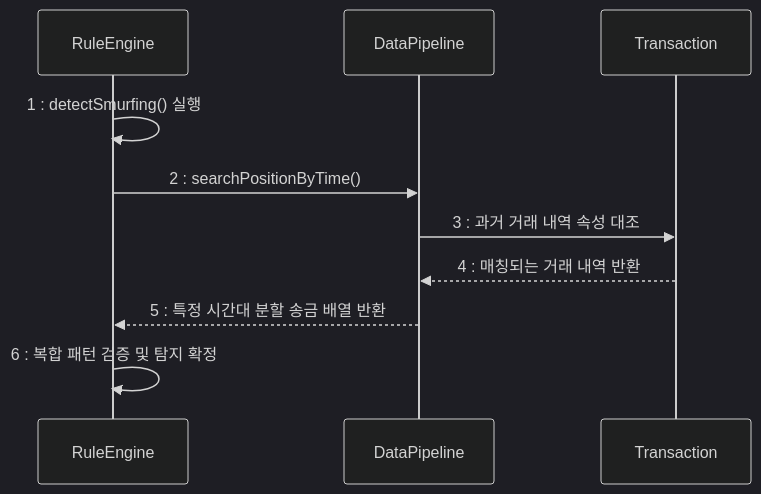
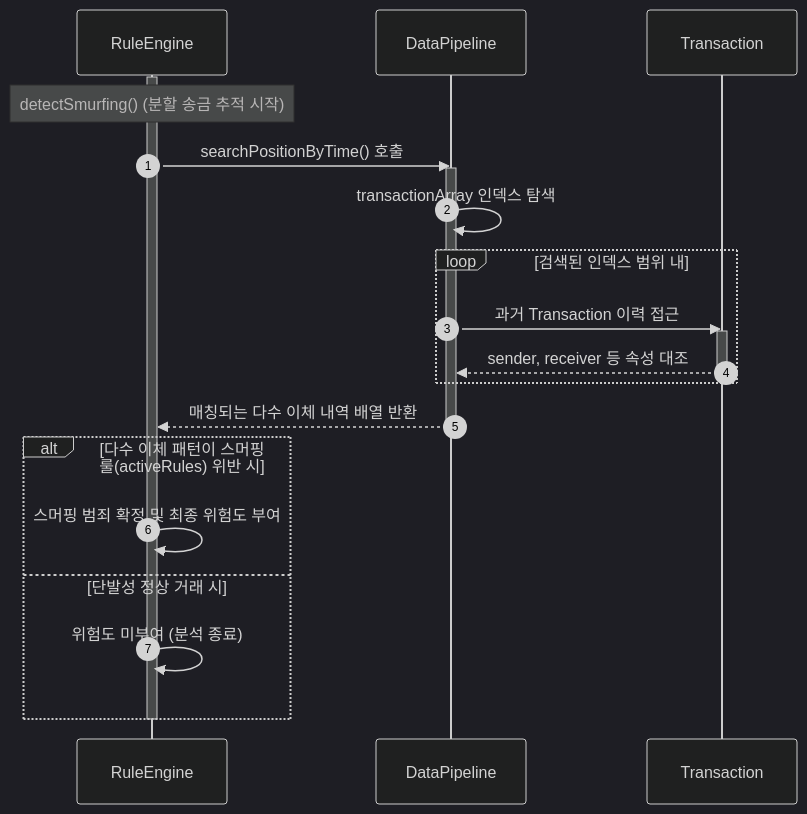
Before and after one commit to seokchaeyeon/2026_1_OSS: the fifth of 12 diagrams in Design_[22411890_석채연].md, drawn with Mermaid (dark theme). The commit also changed other lines of this file, not shown here.

````diff
--- a/Design_[22411890_석채연].md
+++ b/Design_[22411890_석채연].md
@@ -198,13 +243,30 @@
 ```mermaid
 sequenceDiagram
+    autonumber
     participant Rule as RuleEngine
     participant Pipeline as DataPipeline
     participant Tx as Transaction
 
-    Rule->>Rule: 1 : detectSmurfing() 실행
-    Rule->>Pipeline: 2 : searchPositionByTime()
-    Pipeline->>Tx: 3 : 과거 거래 내역 속성 대조
-    Tx-->>Pipeline: 4 : 매칭되는 거래 내역 반환
-    Pipeline-->>Rule: 5 : 특정 시간대 분할 송금 배열 반환
-    Rule->>Rule: 6 : 복합 패턴 검증 및 탐지 확정
+    activate Rule
+    Note over Rule: detectSmurfing() (분할 송금 추적 시작)
+    Rule->>Pipeline: searchPositionByTime() 호출
+    activate Pipeline
+    Pipeline->>Pipeline: transactionArray 인덱스 탐색
+    
+    loop 검색된 인덱스 범위 내
+        Pipeline->>Tx: 과거 Transaction 이력 접근
+        activate Tx
+        Tx-->>Pipeline: sender, receiver 등 속성 대조
+        deactivate Tx
+    end
+    
+    Pipeline-->>Rule: 매칭되는 다수 이체 내역 배열 반환
+    deactivate Pipeline
+    
+    alt 다수 이체 패턴이 스머핑 룰(activeRules) 위반 시
+        Rule->>Rule: 스머핑 범죄 확정 및 최종 위험도 부여
+    else 단발성 정상 거래 시
+        Rule->>Rule: 위험도 미부여 (분석 종료)
+    end
+    deactivate Rule
 ```
````
